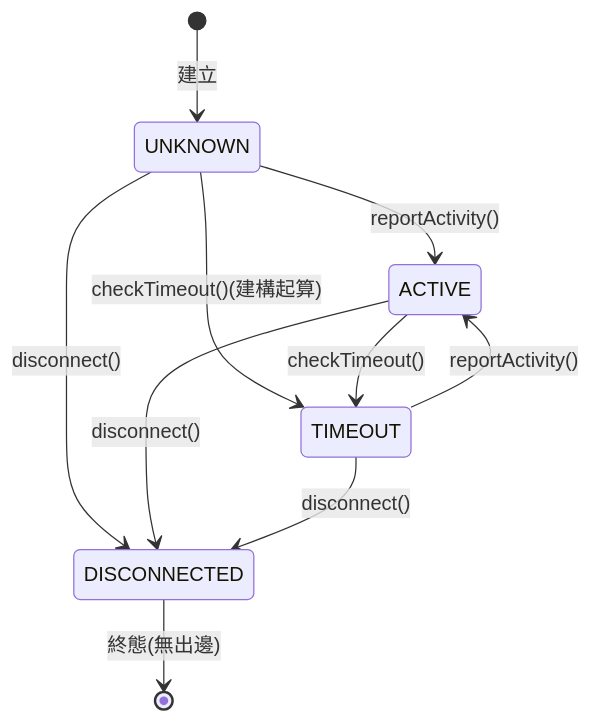
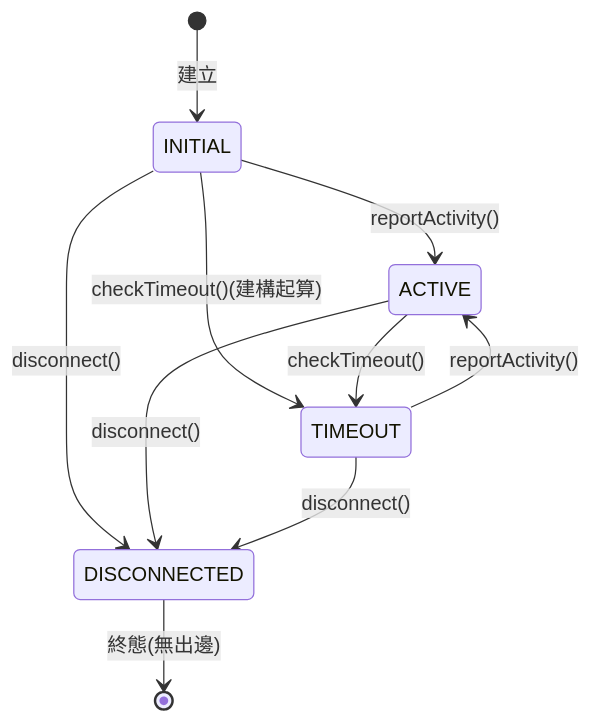
Before and after one commit to cocobird231/rv2_project: the second of 3 diagrams in r1_design_draft.md, drawn with Mermaid. The commit also changed other lines of this file, not shown here.

First line of the commit message:
doc: R1 CST draft v0.2.0 — INITIAL state, tinyFSM evaluation

````diff
--- a/r1_design_draft.md
+++ b/r1_design_draft.md
@@ -142,12 +143,12 @@
 ```mermaid
 stateDiagram-v2
-    [*] --> UNKNOWN : 建立
-    UNKNOWN --> ACTIVE : reportActivity()
-    UNKNOWN --> TIMEOUT : checkTimeout()(建構起算)
+    [*] --> INITIAL : 建立
+    INITIAL --> ACTIVE : reportActivity()
+    INITIAL --> TIMEOUT : checkTimeout()(建構起算)
     ACTIVE --> TIMEOUT : checkTimeout()
     TIMEOUT --> ACTIVE : reportActivity()
-    UNKNOWN --> DISCONNECTED : disconnect()
+    INITIAL --> DISCONNECTED : disconnect()
     ACTIVE --> DISCONNECTED : disconnect()
     TIMEOUT --> DISCONNECTED : disconnect()
     DISCONNECTED --> [*] : 終態(無出邊)
 ```
````
